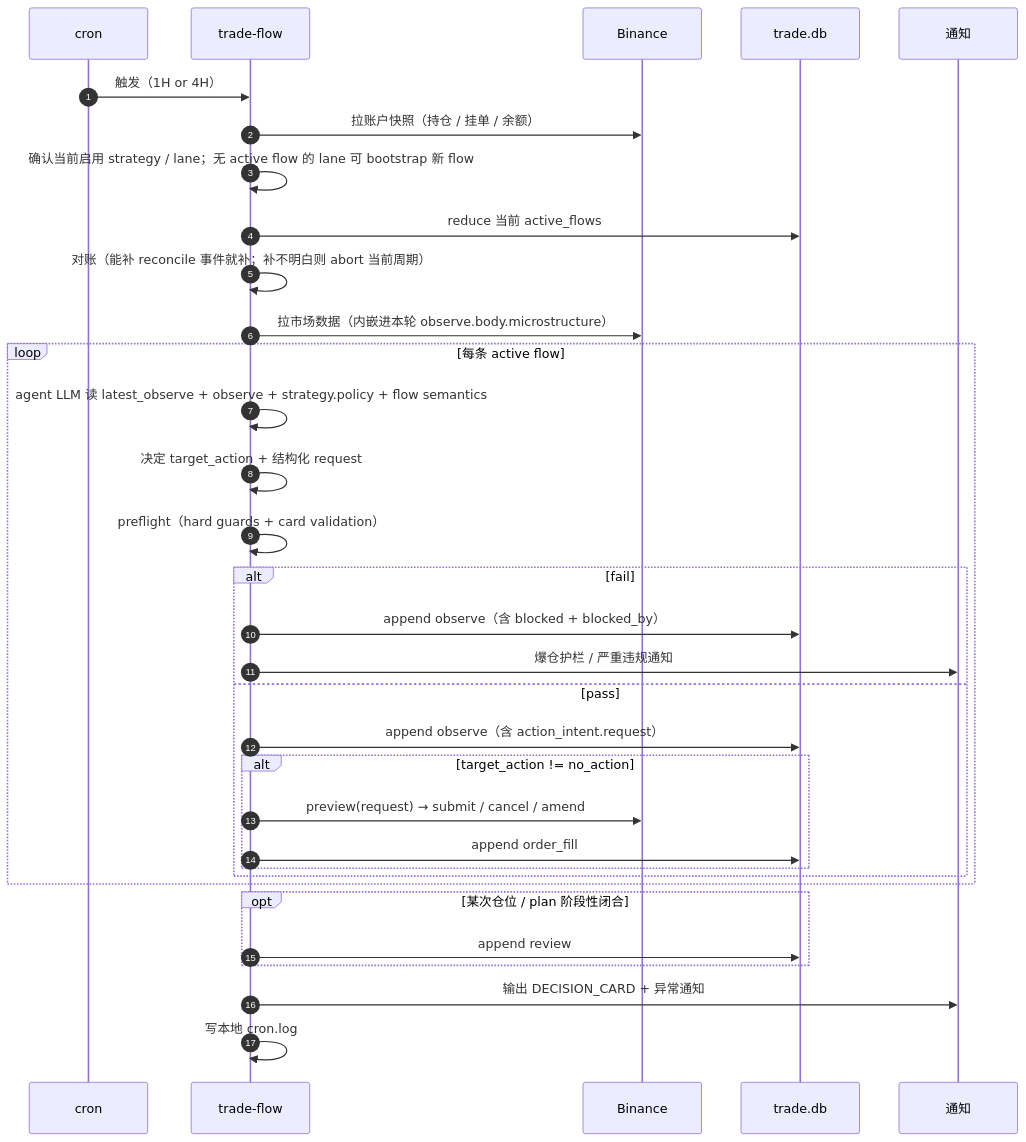
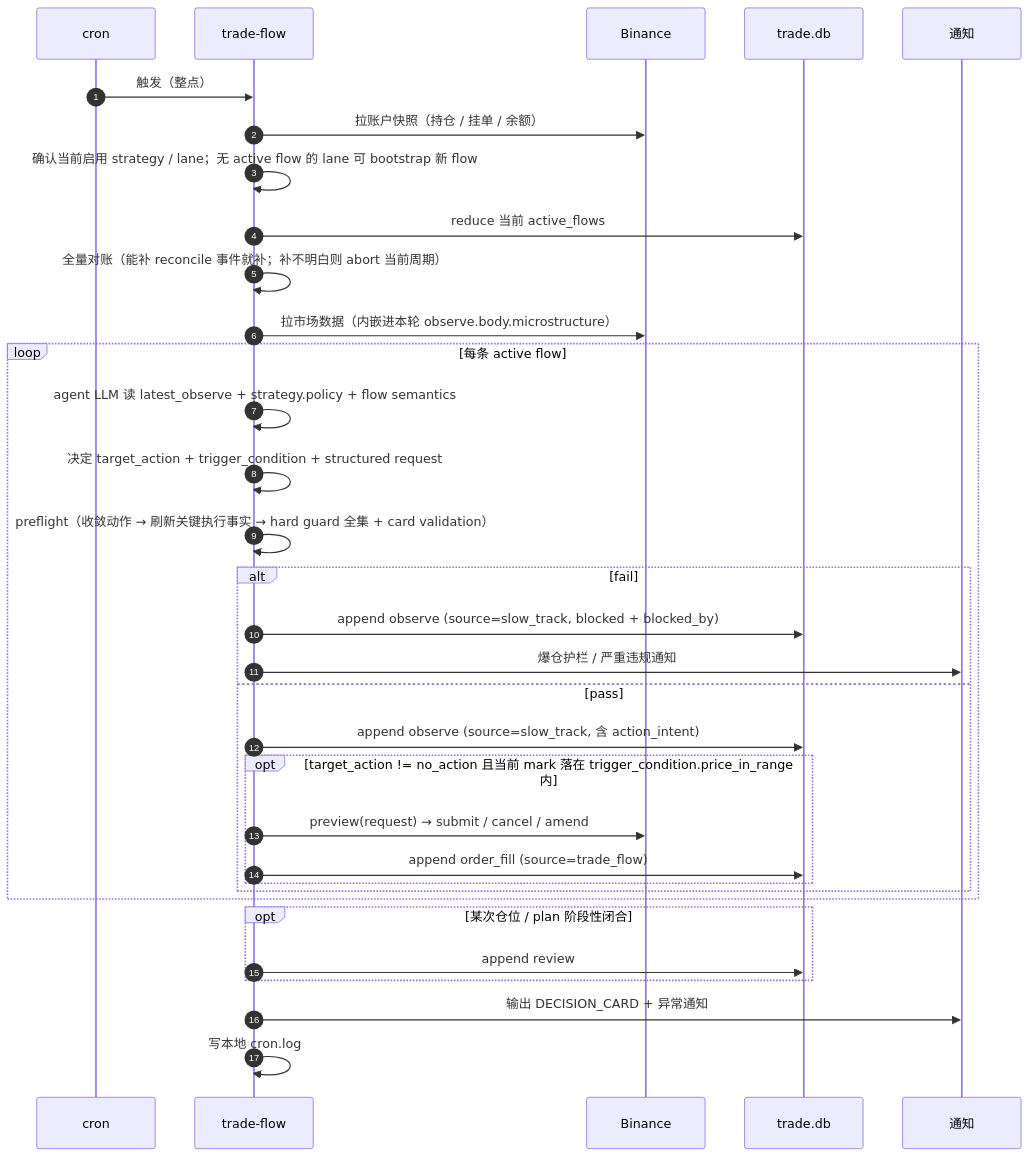
Before and after one commit to qOeOp/trade: the first of 2 diagrams in docs/design-architecture.md, drawn with Mermaid. The commit also changed other lines of this file, not shown here.

First line of the commit message:
Tighten design-architecture around dual-track + trader review

````diff
--- a/docs/design-architecture.md
+++ b/docs/design-architecture.md
@@ -281,39 +518,39 @@
 ```mermaid
 sequenceDiagram
     autonumber
     participant C as cron
     participant TF as trade-flow
     participant BN as Binance
     participant DB as trade.db
     participant N as 通知
 
-    C->>TF: 触发（1H or 4H）
+    C->>TF: 触发（整点）
     TF->>BN: 拉账户快照（持仓 / 挂单 / 余额）
     TF->>TF: 确认当前启用 strategy / lane；无 active flow 的 lane 可 bootstrap 新 flow
     TF->>DB: reduce 当前 active_flows
-    TF->>TF: 对账（能补 reconcile 事件就补；补不明白则 abort 当前周期）
+    TF->>TF: 全量对账（能补 reconcile 事件就补；补不明白则 abort 当前周期）
     TF->>BN: 拉市场数据（内嵌进本轮 observe.body.microstructure）
 
     loop 每条 active flow
-        TF->>TF: agent LLM 读 latest_observe + observe + strategy.policy + flow semantics
-        TF->>TF: 决定 target_action + 结构化 request
-        TF->>TF: preflight（hard guards + card validation）
+        TF->>TF: agent LLM 读 latest_observe + strategy.policy + flow semantics
+        TF->>TF: 决定 target_action + trigger_condition + structured request
+        TF->>TF: preflight（收敛动作 → 刷新关键执行事实 → hard guard 全集 + card validation）
         alt fail
-            TF->>DB: append observe（含 blocked + blocked_by）
+            TF->>DB: append observe (source=slow_track, blocked + blocked_by)
             TF->>N: 爆仓护栏 / 严重违规通知
         else pass
-            TF->>DB: append observe（含 action_intent.request）
-            alt target_action != no_action
+            TF->>DB: append observe (source=slow_track, 含 action_intent)
+            opt target_action != no_action 且当前 mark 落在 trigger_condition.price_in_range 内
                 TF->>BN: preview(request) → submit / cancel / amend
-                TF->>DB: append order_fill
+                TF->>DB: append order_fill (source=trade_flow)
             end
         end
     end
 
     opt 某次仓位 / plan 阶段性闭合
         TF->>DB: append review
     end
 
     TF->>N: 输出 DECISION_CARD + 异常通知
     TF->>TF: 写本地 cron.log
 ```
````
